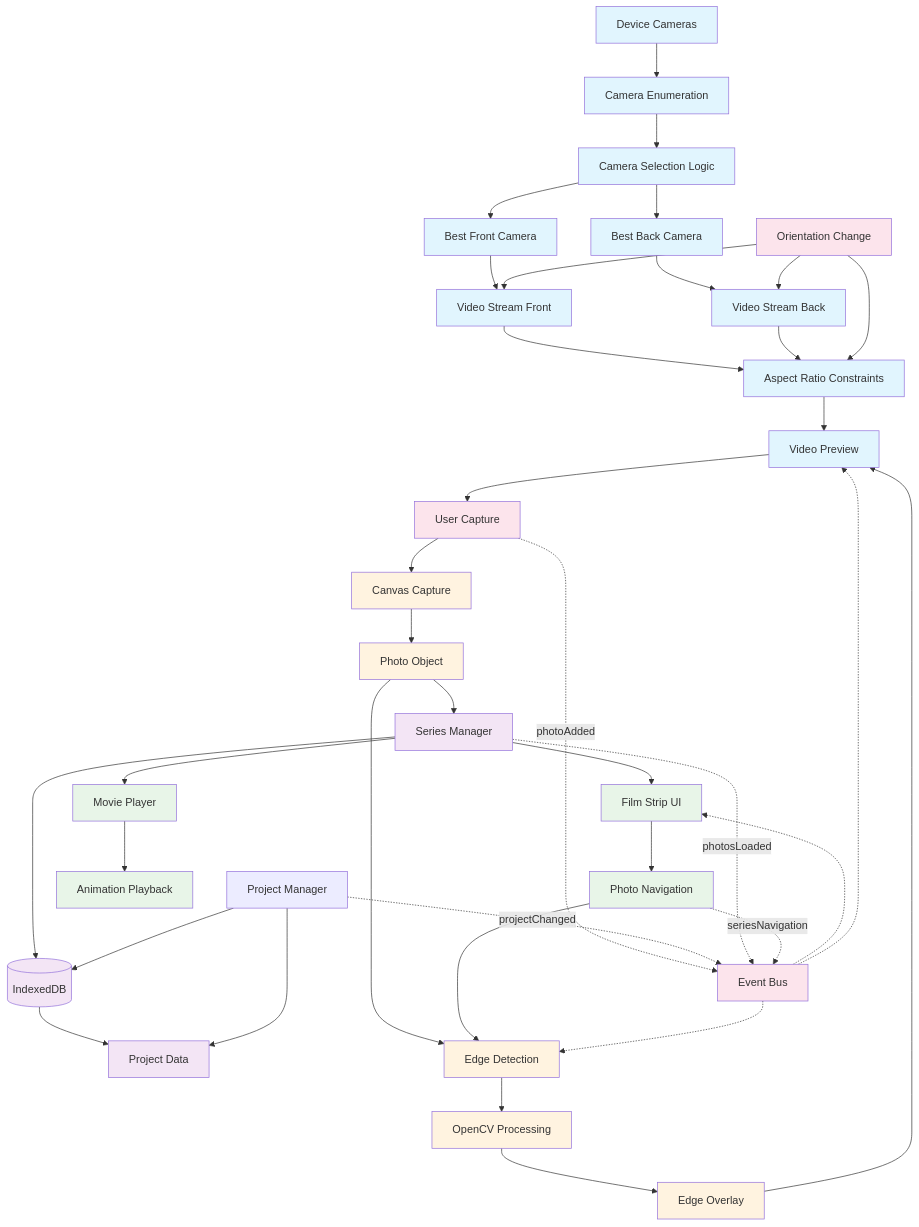
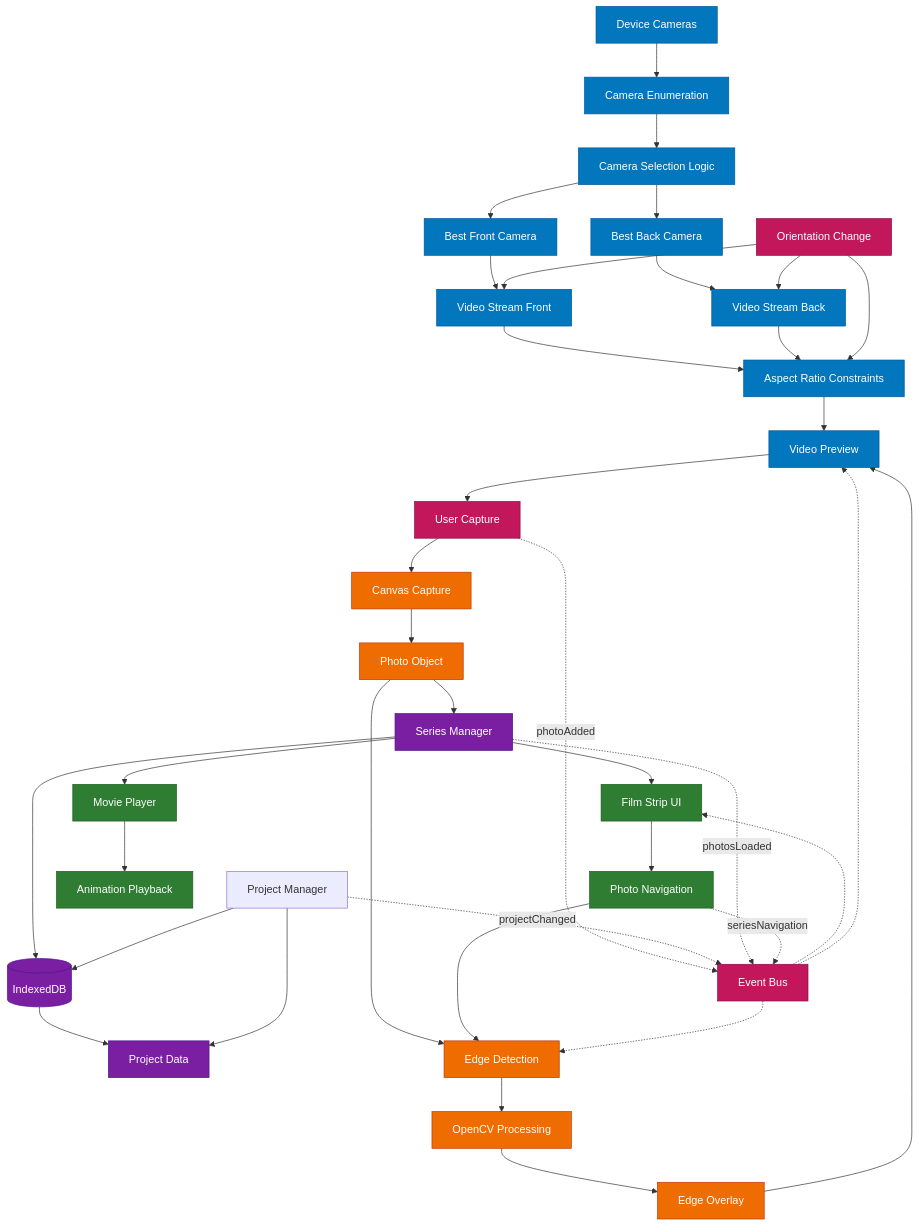
The second of 3 diagrams in docs/TECHNICAL_DOCUMENTATION.md (hamburger1984/edge-snap), drawn with Mermaid before and after one commit. The commit also changed other lines of this file, not shown here.

Commit message:
fix(docs): Improve mermaid diagram contrast for dark mode compatibility
- Add color property to all classDef styles for proper text contrast
- Use dark backgrounds with white text for better readability
- Include stroke colors for enhanced visual definition
- Ensure diagrams work in both light and dark mode environments
- Maintain color-coding while fixing accessibility issues

````diff
--- a/docs/TECHNICAL_DOCUMENTATION.md
+++ b/docs/TECHNICAL_DOCUMENTATION.md
@@ -82,71 +82,71 @@
 ```mermaid
 flowchart TD
     %% Device Layer
     DC[Device Cameras] --> CE[Camera Enumeration]
     CE --> CS[Camera Selection Logic]
     CS --> BFC[Best Front Camera]
     CS --> BBC[Best Back Camera]
     
     %% Camera Stream Layer
     BFC --> VSF[Video Stream Front]
     BBC --> VSB[Video Stream Back]
     VSF --> ARC[Aspect Ratio Constraints]
     VSB --> ARC
     ARC --> VP[Video Preview]
     
     %% User Interaction Layer
     VP --> UC[User Capture]
     UC --> CC[Canvas Capture]
     CC --> PO[Photo Object]
     
     %% Storage Layer
     PO --> SM[Series Manager]
     SM --> IDB[(IndexedDB)]
     IDB --> PD[Project Data]
     
     %% Edge Detection Pipeline
     PO --> ED[Edge Detection]
     ED --> OCV[OpenCV Processing]
     OCV --> EO[Edge Overlay]
     EO --> VP
     
     %% UI Layer
     SM --> FS[Film Strip UI]
     FS --> PN[Photo Navigation]
     PN --> ED
     
     %% Movie Playback
     SM --> MP[Movie Player]
     MP --> AP[Animation Playback]
     
     %% Event System
     UC -.->|photoAdded| EA[Event Bus]
     PM -.->|projectChanged| EA
     SM -.->|photosLoaded| EA
     PN -.->|seriesNavigation| EA
     EA -.-> ED
     EA -.-> FS
     EA -.-> VP
     
     %% Project Management
     PM[Project Manager] --> IDB
     PM --> PD
     
     %% Orientation Handling
     OR[Orientation Change] --> ARC
     OR --> VSF
     OR --> VSB
     
-    %% Component Styling
-    classDef camera fill:#e1f5fe
-    classDef storage fill:#f3e5f5
-    classDef ui fill:#e8f5e8
-    classDef processing fill:#fff3e0
-    classDef events fill:#fce4ec
+    %% Component Styling with proper contrast for dark/light mode
+    classDef camera fill:#0277bd,color:#ffffff,stroke:#01579b
+    classDef storage fill:#7b1fa2,color:#ffffff,stroke:#4a148c
+    classDef ui fill:#2e7d32,color:#ffffff,stroke:#1b5e20
+    classDef processing fill:#ef6c00,color:#ffffff,stroke:#bf360c
+    classDef events fill:#c2185b,color:#ffffff,stroke:#880e4f
     
     class DC,CE,CS,BFC,BBC,VSF,VSB,ARC,VP camera
     class SM,IDB,PD storage
     class FS,PN,MP,AP ui
     class ED,OCV,EO,CC,PO processing
     class EA,UC,OR events
 ```
````
